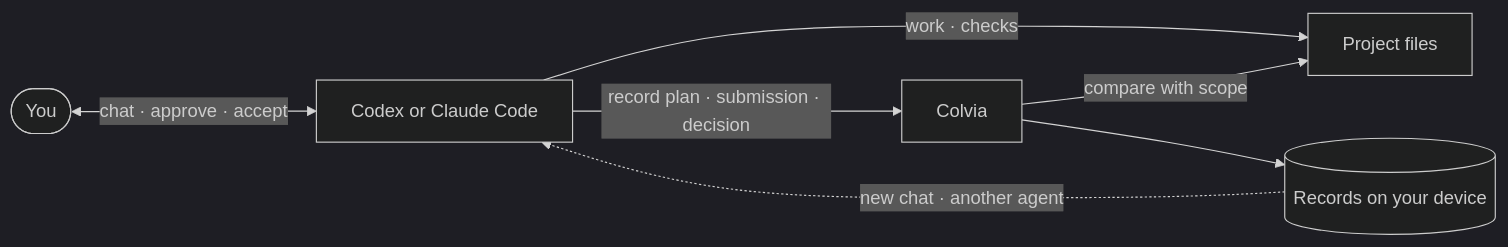
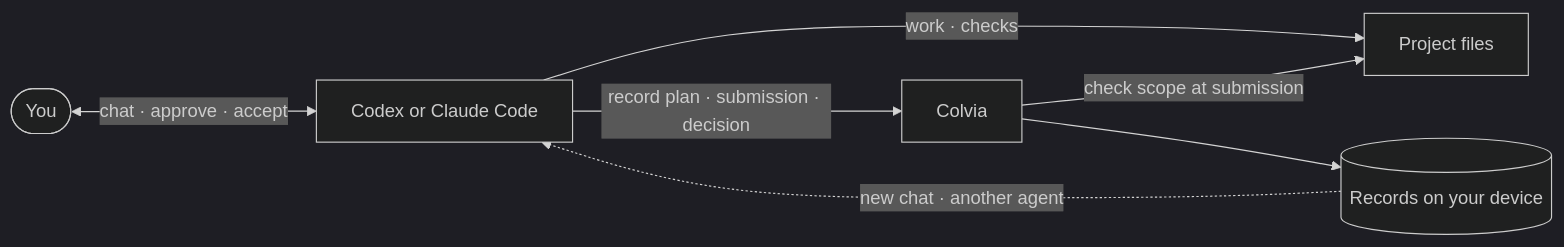
Before and after one commit to kyungseo/colvia: the first of 2 diagrams in manual/en/overview.md, drawn with Mermaid (dark theme). The commit also changed other lines of this file and 3 other files, not shown here.

````diff
--- a/manual/en/overview.md
+++ b/manual/en/overview.md
@@ -19,9 +19,9 @@
 ```mermaid
 flowchart LR
     U(["You"]) <-->|chat · approve · accept| A["Codex or Claude Code"]
     A -->|work · checks| F["Project files"]
     A -->|record plan · submission · decision| C["Colvia"]
-    C -->|compare with scope| F
+    C -->|check scope at submission| F
     C --> R[("Records on your device")]
     R -.->|new chat · another agent| A
 ```
````
